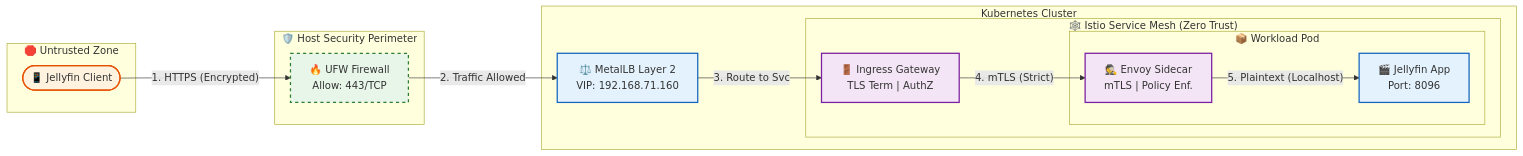
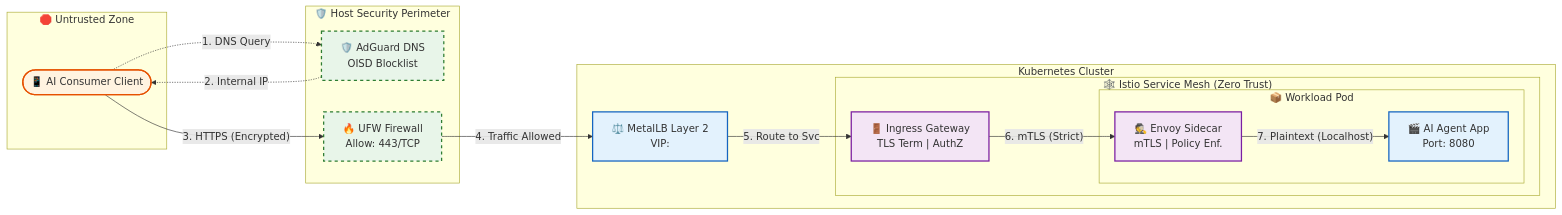
The second of 4 diagrams in readme.md (bbreckenridge/k3s-home-lab), drawn with Mermaid before and after one commit. The commit also changed other lines of this file and 9 other files, not shown here.

````diff
--- a/readme.md
+++ b/readme.md
@@ -66,36 +73,39 @@
 ```mermaid
 graph LR
     %% Node Styles
     classDef user fill:#fff3e0,stroke:#e65100,stroke-width:2px;
     classDef security fill:#e8f5e9,stroke:#2e7d32,stroke-width:2px,stroke-dasharray: 5 5;
     classDef infra fill:#e3f2fd,stroke:#1565c0,stroke-width:2px;
     classDef mesh fill:#f3e5f5,stroke:#7b1fa2,stroke-width:2px;
 
     subgraph Untrusted ["🛑 Untrusted Zone "]
-        Client([📱 Jellyfin Client]):::user
+        Client([📱 AI Consumer Client]):::user
     end
 
     subgraph Perimeter ["🛡️ Host Security Perimeter"]
+        DNS[🛡️ AdGuard DNS<br/>OISD Blocklist]:::security
         UFW[🔥 UFW Firewall<br/>Allow: 443/TCP]:::security
     end
 
     subgraph Cluster ["Kubernetes Cluster"]
-        LB[⚖️ MetalLB Layer 2<br/>VIP: 192.168.71.160]:::infra
+        LB[⚖️ MetalLB Layer 2<br/>VIP: <INGRESS-IP>]:::infra
         
         subgraph ServiceMesh ["🕸️ Istio Service Mesh (Zero Trust)"]
             Gateway["🚪 Ingress Gateway<br/>TLS Term | AuthZ"]:::mesh
             
             subgraph Pod ["📦 Workload Pod"]
                 Sidecar["🕵️ Envoy Sidecar<br/>mTLS | Policy Enf."]:::mesh
-                Container[🎬 Jellyfin App<br/>Port: 8096]:::infra
+                Container[🎬 AI Agent App<br/>Port: 8080]:::infra
             end
         end
     end
 
     %% Traffic Flow
-    Client -- "1. HTTPS (Encrypted)" --> UFW
-    UFW -- "2. Traffic Allowed" --> LB
-    LB -- "3. Route to Svc" --> Gateway
-    Gateway -- "4. mTLS (Strict)" --> Sidecar
-    Sidecar -- "5. Plaintext (Localhost)" --> Container
+    Client -. "1. DNS Query" .-> DNS
+    DNS -. "2. Internal IP" .-> Client
+    Client -- "3. HTTPS (Encrypted)" --> UFW
+    UFW -- "4. Traffic Allowed" --> LB
+    LB -- "5. Route to Svc" --> Gateway
+    Gateway -- "6. mTLS (Strict)" --> Sidecar
+    Sidecar -- "7. Plaintext (Localhost)" --> Container
 ```
````
